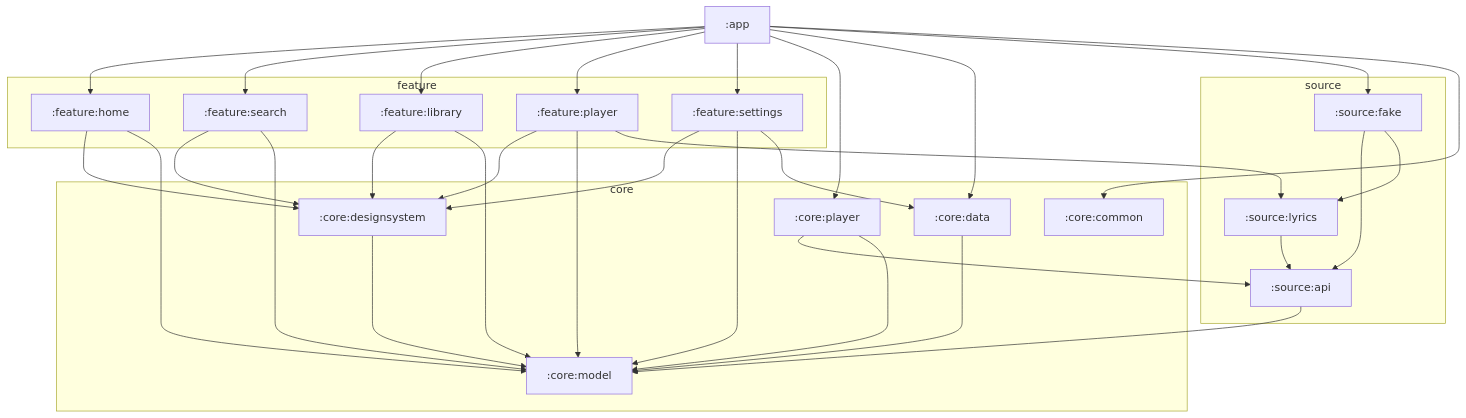
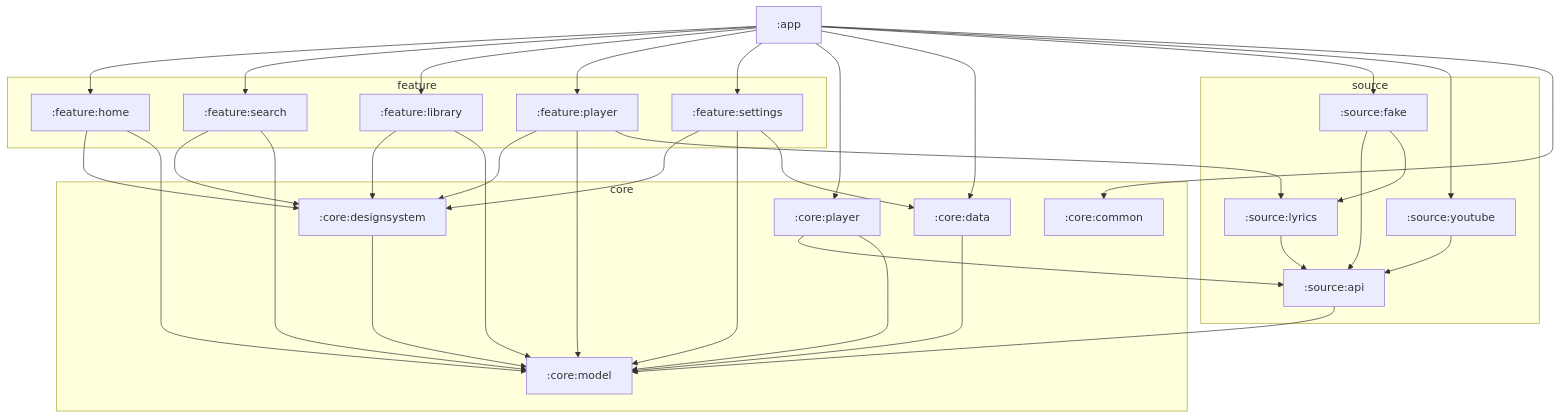
The first of 5 diagrams in docs/ARCHITECTURE.md (muhib-karim/sitara), drawn with Mermaid before and after one commit. The commit also changed other lines of this file and 7 other files, not shown here.

````diff
--- a/docs/ARCHITECTURE.md
+++ b/docs/ARCHITECTURE.md
@@ -39,39 +39,41 @@
 ```mermaid
 graph TD
     app[":app"]
 
     subgraph feature
         home[":feature:home"]
         search[":feature:search"]
         library[":feature:library"]
         fplayer[":feature:player"]
         settings[":feature:settings"]
     end
 
     subgraph core
         designsystem[":core:designsystem"]
         cplayer[":core:player"]
         data[":core:data"]
         common[":core:common"]
         model[":core:model"]
     end
 
     subgraph source
         api[":source:api"]
         fake[":source:fake"]
         lyrics[":source:lyrics"]
+        youtube[":source:youtube"]
     end
 
     app --> home & search & library & fplayer & settings
-    app --> cplayer & data & fake & common
+    app --> cplayer & data & fake & youtube & common
     home & search & library & fplayer & settings --> designsystem
     home & search & library & fplayer & settings --> model
     fplayer --> lyrics
     settings --> data
     cplayer --> api & model
     data --> model
     designsystem --> model
     fake --> api & lyrics
+    youtube --> api
     lyrics --> api
     api --> model
 ```
````
